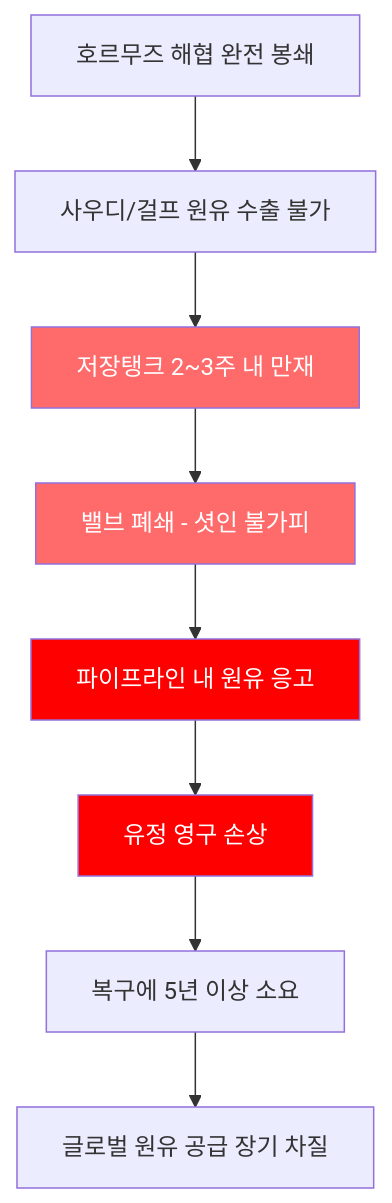
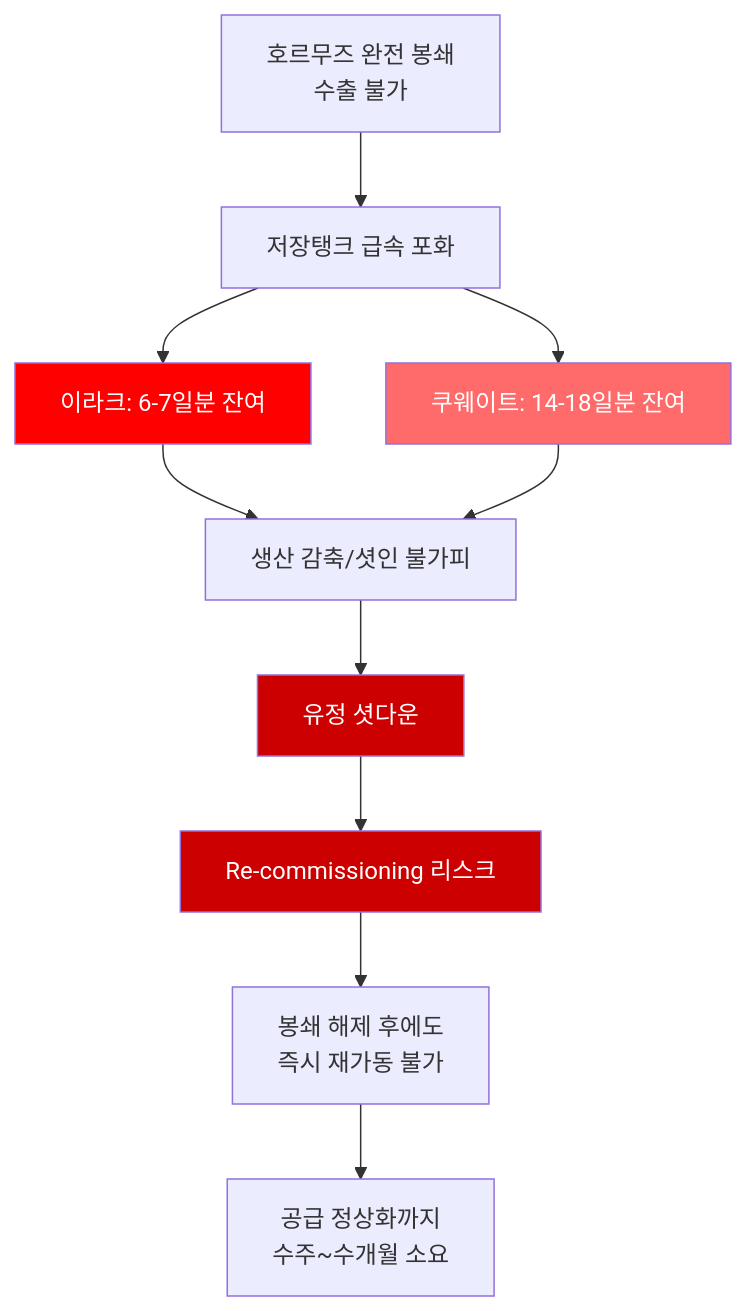
Before and after one commit to dss99911/dss99911.github.io: the third of 10 diagrams in _posts/knowledge/invest/2026-03-07-energy-sector-outlook-2026.md, drawn with Mermaid. The commit also changed other lines of this file and 4 other files, not shown here.

````diff
--- a/_posts/knowledge/invest/2026-03-07-energy-sector-outlook-2026.md
+++ b/_posts/knowledge/invest/2026-03-07-energy-sector-outlook-2026.md
@@ -58,15 +112,17 @@
 ```mermaid
 graph TD
-    A["호르무즈 해협 완전 봉쇄"] --> B["사우디/걸프 원유 수출 불가"]
-    B --> C["저장탱크 2~3주 내 만재"]
-    C --> D["밸브 폐쇄 - 셧인 불가피"]
-    D --> E["파이프라인 내 원유 응고"]
-    E --> F["유정 영구 손상"]
-    F --> G["복구에 5년 이상 소요"]
-    G --> H["글로벌 원유 공급 장기 차질"]
+    A["호르무즈 완전 봉쇄<br/>수출 불가"] --> B["저장탱크 급속 포화"]
+    B --> C["이라크: 6-7일분 잔여"]
+    B --> D["쿠웨이트: 14-18일분 잔여"]
+    C --> E["생산 감축/셧인 불가피"]
+    D --> E
+    E --> F["유정 셧다운"]
+    F --> G["Re-commissioning 리스크"]
+    G --> H["봉쇄 해제 후에도<br/>즉시 재가동 불가"]
+    H --> I["공급 정상화까지<br/>수주~수개월 소요"]
 
-    style C fill:#ff6b6b,color:#fff
+    style C fill:#ff0000,color:#fff
     style D fill:#ff6b6b,color:#fff
-    style E fill:#ff0000,color:#fff
-    style F fill:#ff0000,color:#fff
+    style F fill:#cc0000,color:#fff
+    style G fill:#cc0000,color:#fff
 ```
````
